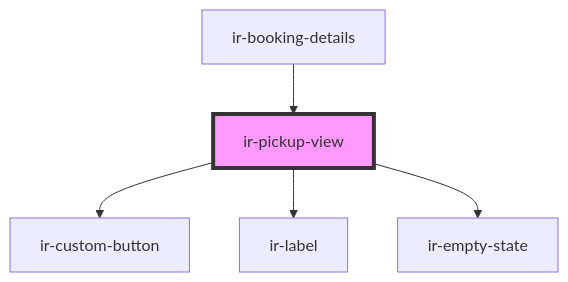
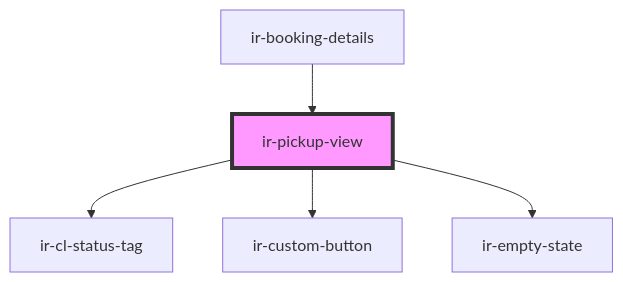
Before and after one commit to RonyRizk/ir-webcmp: the diagram in src/components/ir-booking-details/ir-pickup-view/readme.md, drawn with Mermaid. The commit also changed other lines of this file and 586 other files, not shown here.

````diff
--- a/src/components/ir-booking-details/ir-pickup-view/readme.md
+++ b/src/components/ir-booking-details/ir-pickup-view/readme.md
@@ -28,8 +30,8 @@
 ```mermaid
 graph TD;
+  ir-pickup-view --> ir-cl-status-tag
   ir-pickup-view --> ir-custom-button
-  ir-pickup-view --> ir-label
   ir-pickup-view --> ir-empty-state
   ir-booking-details --> ir-pickup-view
   style ir-pickup-view fill:#f9f,stroke:#333,stroke-width:4px
 ```
````
